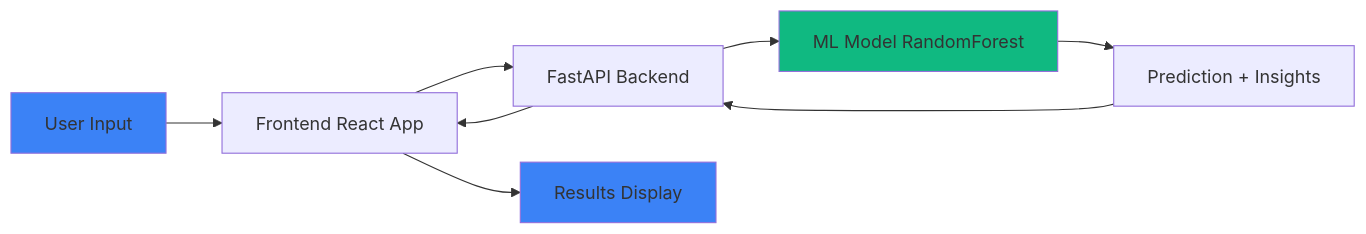
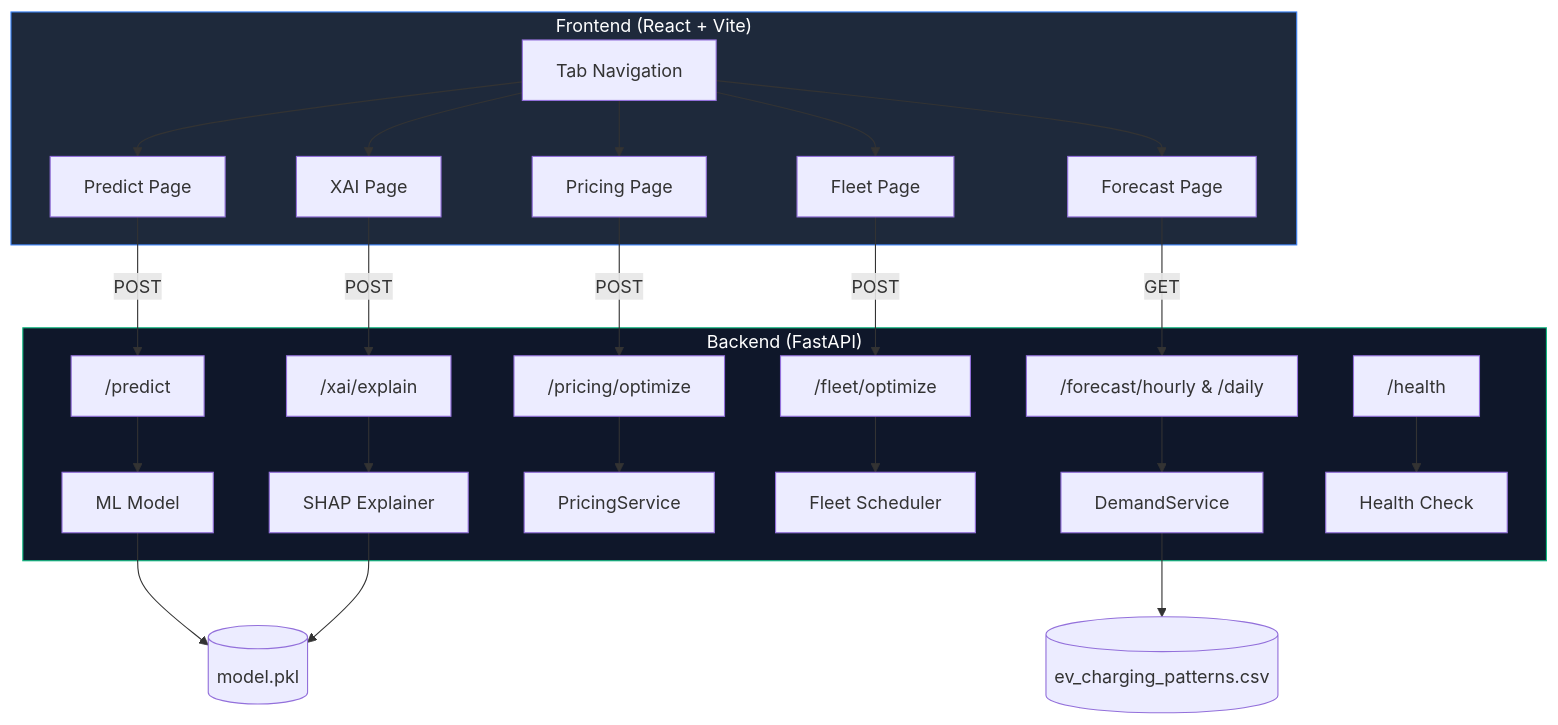
Before and after one commit to koradee/EV-Charging-AI-Platform: the diagram in README.md, drawn with Mermaid. The commit also changed other lines of this file and 14 other files, not shown here.

````diff
--- a/README.md
+++ b/README.md
@@ -113,14 +138,32 @@
 ```mermaid
-graph LR
-    A[User Input] --> B[Frontend React App]
-    B --> C[FastAPI Backend]
-    C --> D[ML Model RandomForest]
-    D --> E[Prediction + Insights]
-    E --> C
-    C --> B
-    B --> F[Results Display]
-    
-    style A fill:#3b82f6
-    style D fill:#10b981
-    style F fill:#3b82f6
+graph TB
+    subgraph Frontend ["Frontend (React + Vite)"]
+        A[Tab Navigation] --> B[Predict Page]
+        A --> C[Forecast Page]
+        A --> D[Pricing Page]
+        A --> E[Fleet Page]
+        A --> F[XAI Page]
+    end
+
+    subgraph Backend ["Backend (FastAPI)"]
+        G["/predict"] --> H[ML Model]
+        I["/forecast/hourly & /daily"] --> J[DemandService]
+        K["/pricing/optimize"] --> L[PricingService]
+        M["/fleet/optimize"] --> N[Fleet Scheduler]
+        O["/xai/explain"] --> P[SHAP Explainer]
+        Q["/health"] --> R[Health Check]
+    end
+
+    B -->|POST| G
+    C -->|GET| I
+    D -->|POST| K
+    E -->|POST| M
+    F -->|POST| O
+
+    H --> S[(model.pkl)]
+    J --> T[(ev_charging_patterns.csv)]
+    P --> S
+
+    style Frontend fill:#1e293b,stroke:#3b82f6,color:#fff
+    style Backend fill:#0f172a,stroke:#10b981,color:#fff
 ```
````
